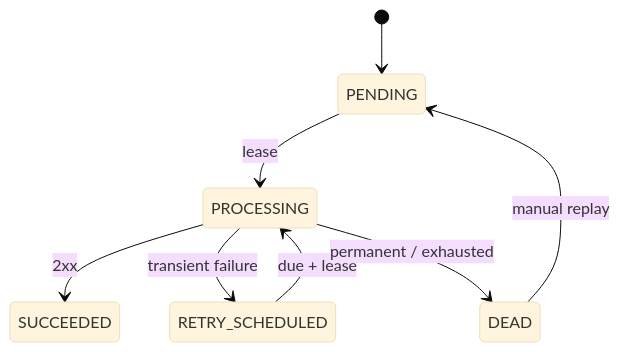
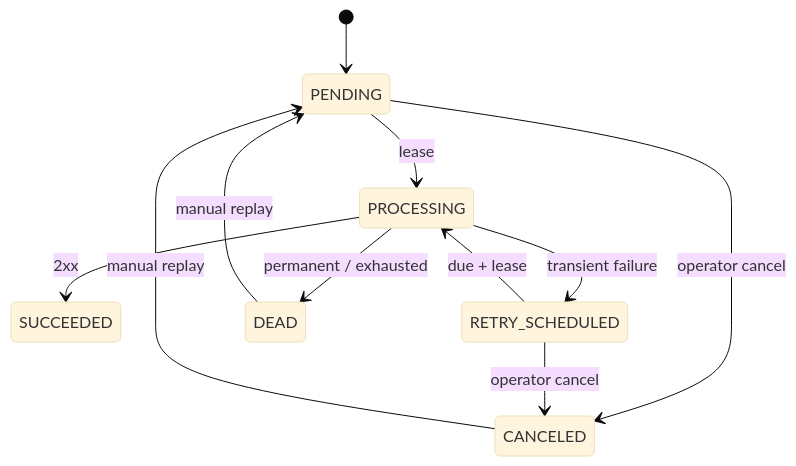
Before and after one commit to TolkmisLK/webhook-delivery-platform: the second of 2 diagrams in docs/architecture.md, drawn with Mermaid (base theme). The commit also changed other lines of this file and 22 other files, not shown here.

````diff
--- a/docs/architecture.md
+++ b/docs/architecture.md
@@ -43,10 +43,13 @@
 ```mermaid
 stateDiagram-v2
     [*] --> PENDING
     PENDING --> PROCESSING: lease
     PROCESSING --> SUCCEEDED: 2xx
     PROCESSING --> RETRY_SCHEDULED: transient failure
     RETRY_SCHEDULED --> PROCESSING: due + lease
     PROCESSING --> DEAD: permanent / exhausted
+    PENDING --> CANCELED: operator cancel
+    RETRY_SCHEDULED --> CANCELED: operator cancel
     DEAD --> PENDING: manual replay
+    CANCELED --> PENDING: manual replay
 ```
````
